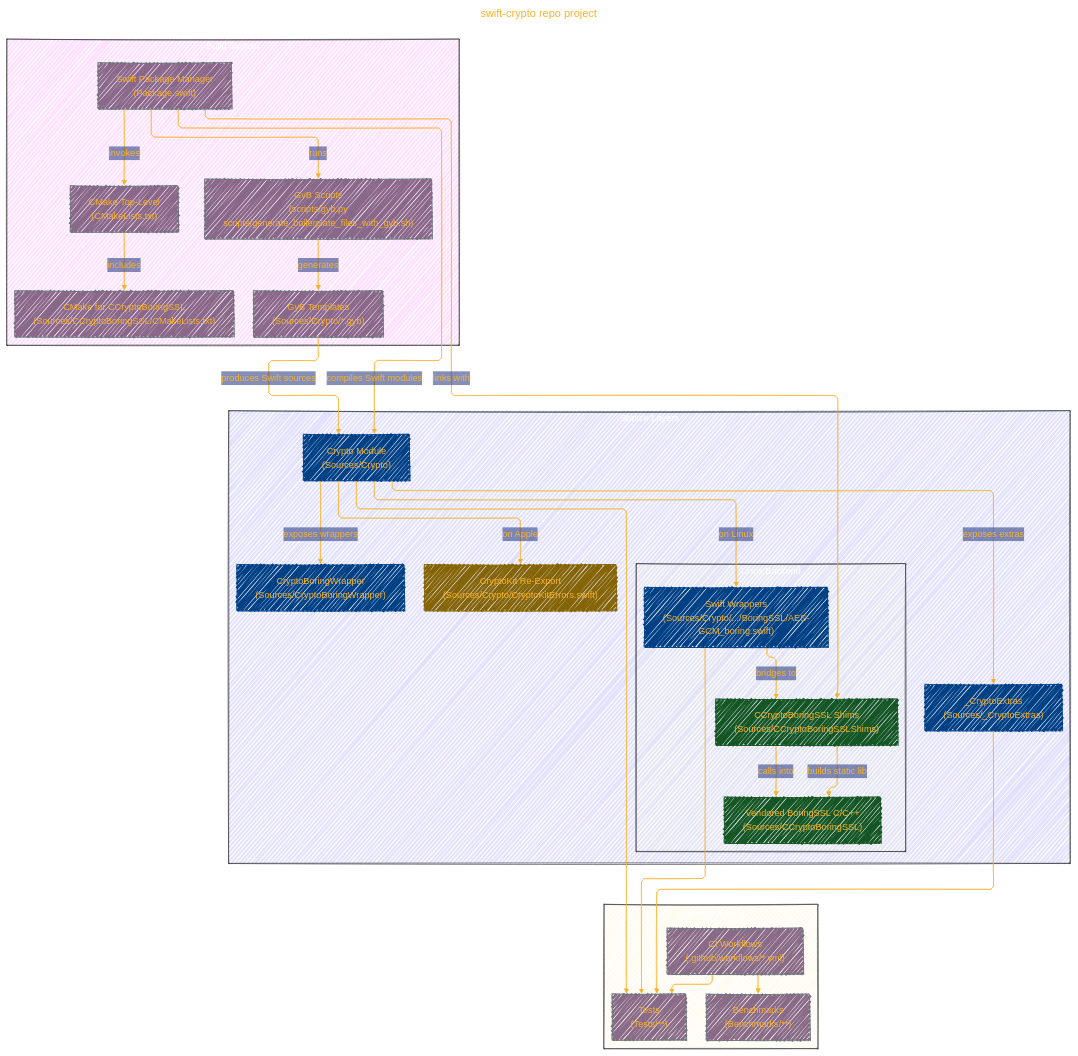
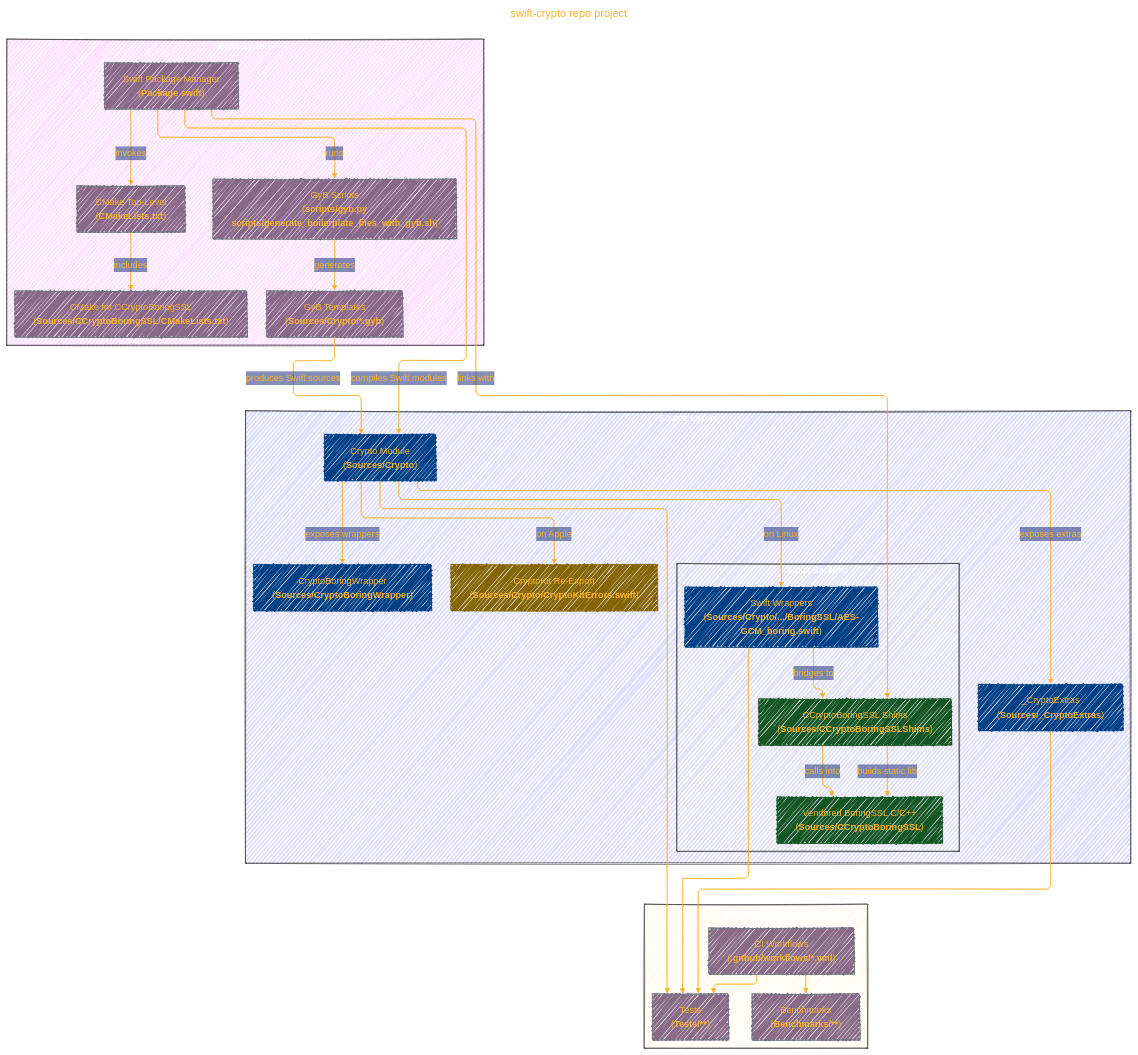
One commit to CongLeSolutionX/ArchExplorer changed the first of 2 diagrams in APPLE/APPLE_REPO_PROJECTS/swift-crypto.md. Above: the diagram before and after it, drawn with Mermaid.

Commit message:
update notes

```diff
--- a/APPLE/APPLE_REPO_PROJECTS/swift-crypto.md
+++ b/APPLE/APPLE_REPO_PROJECTS/swift-crypto.md
@@ -73,33 +73,33 @@
 flowchart TB
     subgraph Build_System["Build System"]
     style Build_System fill:#F2F2,stroke:#333,stroke-width:1px, color: #FFFF
-        SwiftPM["Swift Package Manager<br/>(Package.swift)"]:::tools
-        CMakeTop["CMake Top-Level<br/>(CMakeLists.txt)"]:::tools
-        CMakeSub["CMake for CCryptoBoringSSL<br/>(Sources/CCryptoBoringSSL/CMakeLists.txt)"]:::tools
-        GyBTemplates["GyB Templates<br/>(Sources/Crypto/*.gyb)"]:::tools
-        GyBScripts["GyB Scripts<br/>(scripts/gyb.py<br/>scripts/generate_boilerplate_files_with_gyb.sh)"]:::tools
+        SwiftPM["Swift Package Manager<br/>(<b>Package.swift</b>)"]:::tools
+        CMakeTop["CMake Top-Level<br/>(<b>CMakeLists.txt</b>)"]:::tools
+        CMakeSub["CMake for CCryptoBoringSSL<br/>(<b>Sources/CCryptoBoringSSL/CMakeLists.txt</b>)"]:::tools
+        GyBTemplates["GyB Templates<br/>(<b>Sources/Crypto/*.gyb</b>)"]:::tools
+        GyBScripts["GyB Scripts<br/>(<b>scripts/gyb.py</b><br/><b>scripts/generate_boilerplate_files_with_gyb.sh</b>)"]:::tools
     end
 
     subgraph Source_Layers["Source Layers"]
     style Source_Layers fill:#22F2,stroke:#333,stroke-width:1px, color: #FFFF
-        PublicAPI["Crypto Module<br/>(Sources/Crypto)"]:::swift
-        AppleBackend["CryptoKit Re-Export<br/>(Sources/Crypto/CryptoKitErrors.swift)"]:::external
+        PublicAPI["Crypto Module<br/>(<b>Sources/Crypto</b>)"]:::swift
+        AppleBackend["CryptoKit Re-Export<br/>(<b>Sources/Crypto/CryptoKitErrors.swift</b>)"]:::external
         subgraph Linux_Backend["Linux Backend"]
         style Linux_Backend fill:#FFB2,stroke:#333,stroke-width:1px, color: #FFFF
-            SwiftWrappers["Swift Wrappers<br/>(Sources/Crypto/.../BoringSSL/AES-GCM_boring.swift)"]:::swift
-            CCryptoShims["CCryptoBoringSSL Shims<br/>(Sources/CCryptoBoringSSLShims)"]:::c
-            VendoredBoringSSL["Vendored BoringSSL C/C++<br/>(Sources/CCryptoBoringSSL)"]:::c
+            SwiftWrappers["Swift Wrappers<br/>(<b>Sources/Crypto/.../BoringSSL/AES-GCM_boring.swift</b>)"]:::swift
+            CCryptoShims["CCryptoBoringSSL Shims<br/>(<b>Sources/CCryptoBoringSSLShims</b>)"]:::c
+            VendoredBoringSSL["Vendored BoringSSL C/C++<br/>(<b>Sources/CCryptoBoringSSL</b>)"]:::c
         end
-        CryptoBoringWrapper["CryptoBoringWrapper<br/>(Sources/CryptoBoringWrapper)"]:::swift
-        CryptoExtras["_CryptoExtras<br/>(Sources/_CryptoExtras)"]:::swift
+        CryptoBoringWrapper["CryptoBoringWrapper<br/>(<b>Sources/CryptoBoringWrapper</b>)"]:::swift
+        CryptoExtras["_CryptoExtras<br/>(<b>Sources/_CryptoExtras</b>)"]:::swift
     end
 
     %% Tests & CI
     subgraph Quality_and_CI["Quality & CI"]
     style Quality_and_CI fill:#FB21,stroke:#333,stroke-width:1px, color: #FFFF
-        Tests["Tests<br/>(Tests/**)"]:::tools
-        Benchmarks["Benchmarks<br/>(Benchmarks/**)"]:::tools
-        CI["CI Workflows<br/>(.github/workflows/*.yml)"]:::tools
+        Tests["Tests<br/>(<b>Tests/**</b>)"]:::tools
+        Benchmarks["Benchmarks<br/>(<b>Benchmarks/**</b>)"]:::tools
+        CI["CI Workflows<br/>(<b>.github/workflows/*.yml</b>)"]:::tools
     end
 
     %% Build-time Flow
```
